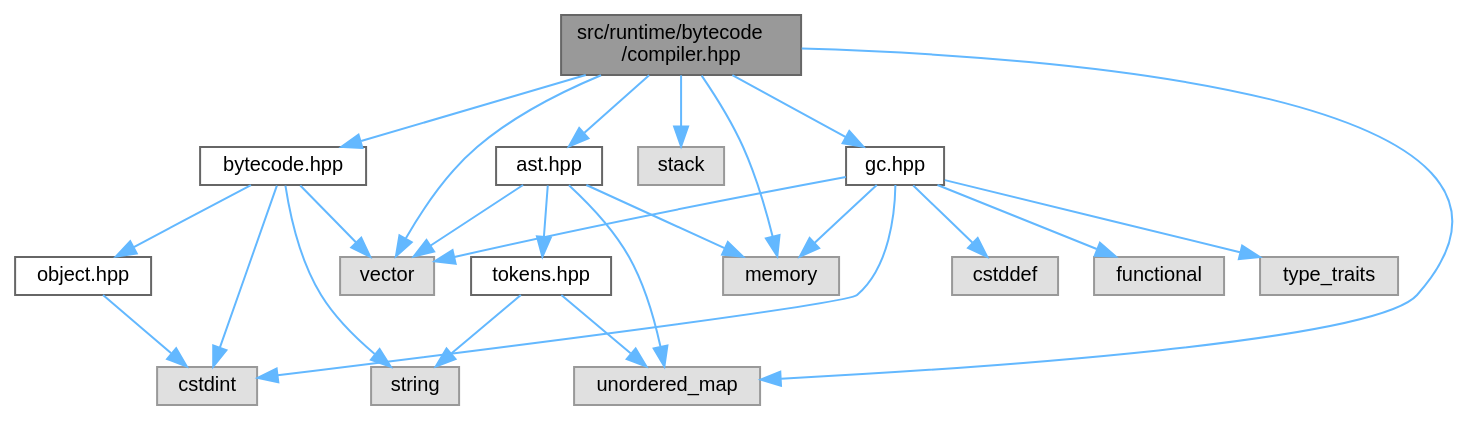
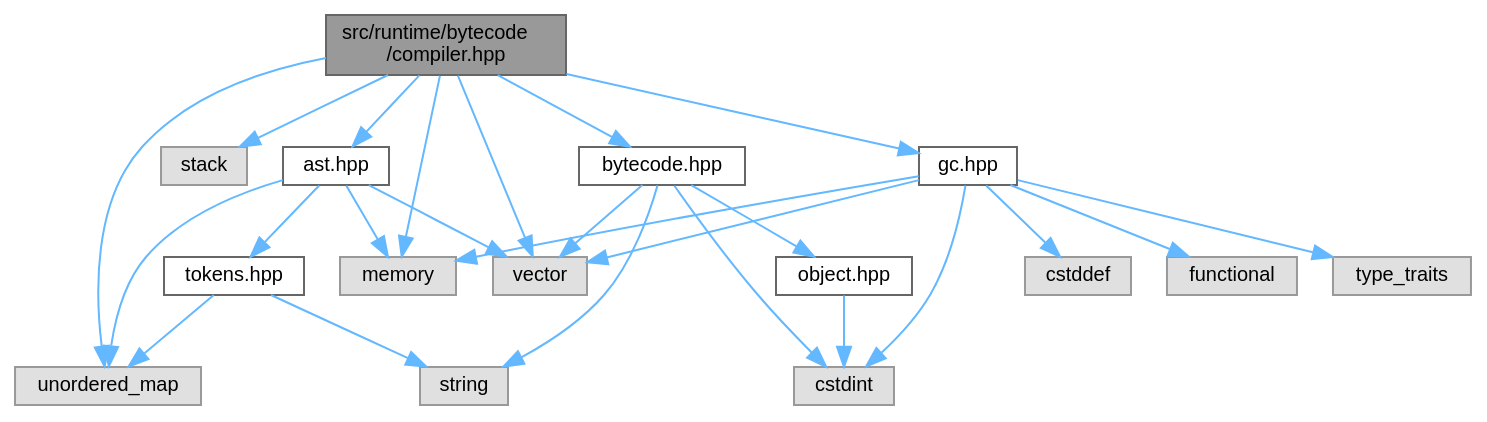
The diagram in pebbl/docs/compiler_8hpp__incl.dot (kejunp/kejunp.github.io), drawn with Graphviz before and after one commit. The commit also changed 19 other files, not shown here.

```diff
--- a/pebbl/docs/compiler_8hpp__incl.dot
+++ b/pebbl/docs/compiler_8hpp__incl.dot
@@ -1,46 +1,46 @@
 digraph "src/runtime/bytecode/compiler.hpp"
 {
  // LATEX_PDF_SIZE
   bgcolor="transparent";
   edge [fontname=Helvetica,fontsize=10,labelfontname=Helvetica,labelfontsize=10];
   node [fontname=Helvetica,fontsize=10,shape=box,height=0.2,width=0.4];
   Node1 [id="Node000001",label="src/runtime/bytecode\l/compiler.hpp",height=0.2,width=0.4,color="gray40", fillcolor="grey60", style="filled", fontcolor="black",tooltip="AST to bytecode compiler for the PEBBL language."];
   Node1 -> Node2 [id="edge1_Node000001_Node000002",color="steelblue1",style="solid",tooltip=" "];
   Node2 [id="Node000002",label="memory",height=0.2,width=0.4,color="grey60", fillcolor="#E0E0E0", style="filled",tooltip=" "];
   Node1 -> Node3 [id="edge2_Node000001_Node000003",color="steelblue1",style="solid",tooltip=" "];
-  Node3 [id="Node000003",label="unordered_map",height=0.2,width=0.4,color="grey60", fillcolor="#E0E0E0", style="filled",tooltip=" "];
+  Node3 [id="Node000003",label="stack",height=0.2,width=0.4,color="grey60", fillcolor="#E0E0E0", style="filled",tooltip=" "];
   Node1 -> Node4 [id="edge3_Node000001_Node000004",color="steelblue1",style="solid",tooltip=" "];
-  Node4 [id="Node000004",label="vector",height=0.2,width=0.4,color="grey60", fillcolor="#E0E0E0", style="filled",tooltip=" "];
+  Node4 [id="Node000004",label="unordered_map",height=0.2,width=0.4,color="grey60", fillcolor="#E0E0E0", style="filled",tooltip=" "];
   Node1 -> Node5 [id="edge4_Node000001_Node000005",color="steelblue1",style="solid",tooltip=" "];
-  Node5 [id="Node000005",label="stack",height=0.2,width=0.4,color="grey60", fillcolor="#E0E0E0", style="filled",tooltip=" "];
+  Node5 [id="Node000005",label="vector",height=0.2,width=0.4,color="grey60", fillcolor="#E0E0E0", style="filled",tooltip=" "];
   Node1 -> Node6 [id="edge5_Node000001_Node000006",color="steelblue1",style="solid",tooltip=" "];
-  Node6 [id="Node000006",label="bytecode.hpp",height=0.2,width=0.4,color="grey40", fillcolor="white", style="filled",URL="$bytecode_8hpp.html",tooltip="Bytecode instruction definitions and data structures for the PEBBL virtual machine."];
-  Node6 -> Node7 [id="edge6_Node000006_Node000007",color="steelblue1",style="solid",tooltip=" "];
-  Node7 [id="Node000007",label="cstdint",height=0.2,width=0.4,color="grey60", fillcolor="#E0E0E0", style="filled",tooltip=" "];
+  Node6 [id="Node000006",label="ast.hpp",height=0.2,width=0.4,color="grey40", fillcolor="white", style="filled",URL="$ast_8hpp.html",tooltip="Abstract Syntax Tree node definitions for the PEBBL language."];
+  Node6 -> Node2 [id="edge6_Node000006_Node000002",color="steelblue1",style="solid",tooltip=" "];
   Node6 -> Node4 [id="edge7_Node000006_Node000004",color="steelblue1",style="solid",tooltip=" "];
-  Node6 -> Node8 [id="edge8_Node000006_Node000008",color="steelblue1",style="solid",tooltip=" "];
+  Node6 -> Node5 [id="edge8_Node000006_Node000005",color="steelblue1",style="solid",tooltip=" "];
+  Node6 -> Node7 [id="edge9_Node000006_Node000007",color="steelblue1",style="solid",tooltip=" "];
+  Node7 [id="Node000007",label="tokens.hpp",height=0.2,width=0.4,color="grey40", fillcolor="white", style="filled",URL="$tokens_8hpp.html",tooltip="Token definitions and utilities for the PEBBL lexer."];
+  Node7 -> Node8 [id="edge10_Node000007_Node000008",color="steelblue1",style="solid",tooltip=" "];
   Node8 [id="Node000008",label="string",height=0.2,width=0.4,color="grey60", fillcolor="#E0E0E0", style="filled",tooltip=" "];
-  Node6 -> Node9 [id="edge9_Node000006_Node000009",color="steelblue1",style="solid",tooltip=" "];
-  Node9 [id="Node000009",label="object.hpp",height=0.2,width=0.4,color="grey40", fillcolor="white", style="filled",URL="$object_8hpp.html",tooltip="Runtime object system using NaN-boxing for efficient value representation."];
-  Node9 -> Node7 [id="edge10_Node000009_Node000007",color="steelblue1",style="solid",tooltip=" "];
-  Node1 -> Node10 [id="edge11_Node000001_Node000010",color="steelblue1",style="solid",tooltip=" "];
-  Node10 [id="Node000010",label="ast.hpp",height=0.2,width=0.4,color="grey40", fillcolor="white", style="filled",URL="$ast_8hpp.html",tooltip="Abstract Syntax Tree node definitions for the PEBBL language."];
-  Node10 -> Node2 [id="edge12_Node000010_Node000002",color="steelblue1",style="solid",tooltip=" "];
-  Node10 -> Node3 [id="edge13_Node000010_Node000003",color="steelblue1",style="solid",tooltip=" "];
-  Node10 -> Node4 [id="edge14_Node000010_Node000004",color="steelblue1",style="solid",tooltip=" "];
-  Node10 -> Node11 [id="edge15_Node000010_Node000011",color="steelblue1",style="solid",tooltip=" "];
-  Node11 [id="Node000011",label="tokens.hpp",height=0.2,width=0.4,color="grey40", fillcolor="white", style="filled",URL="$tokens_8hpp.html",tooltip="Token definitions and utilities for the PEBBL lexer."];
-  Node11 -> Node8 [id="edge16_Node000011_Node000008",color="steelblue1",style="solid",tooltip=" "];
-  Node11 -> Node3 [id="edge17_Node000011_Node000003",color="steelblue1",style="solid",tooltip=" "];
+  Node7 -> Node4 [id="edge11_Node000007_Node000004",color="steelblue1",style="solid",tooltip=" "];
+  Node1 -> Node9 [id="edge12_Node000001_Node000009",color="steelblue1",style="solid",tooltip=" "];
+  Node9 [id="Node000009",label="bytecode.hpp",height=0.2,width=0.4,color="grey40", fillcolor="white", style="filled",URL="$bytecode_8hpp.html",tooltip="Bytecode instruction definitions and data structures for the PEBBL virtual machine."];
+  Node9 -> Node10 [id="edge13_Node000009_Node000010",color="steelblue1",style="solid",tooltip=" "];
+  Node10 [id="Node000010",label="cstdint",height=0.2,width=0.4,color="grey60", fillcolor="#E0E0E0", style="filled",tooltip=" "];
+  Node9 -> Node8 [id="edge14_Node000009_Node000008",color="steelblue1",style="solid",tooltip=" "];
+  Node9 -> Node5 [id="edge15_Node000009_Node000005",color="steelblue1",style="solid",tooltip=" "];
+  Node9 -> Node11 [id="edge16_Node000009_Node000011",color="steelblue1",style="solid",tooltip=" "];
+  Node11 [id="Node000011",label="object.hpp",height=0.2,width=0.4,color="grey40", fillcolor="white", style="filled",URL="$object_8hpp.html",tooltip="Runtime object system using NaN-boxing for efficient value representation."];
+  Node11 -> Node10 [id="edge17_Node000011_Node000010",color="steelblue1",style="solid",tooltip=" "];
   Node1 -> Node12 [id="edge18_Node000001_Node000012",color="steelblue1",style="solid",tooltip=" "];
   Node12 [id="Node000012",label="gc.hpp",height=0.2,width=0.4,color="grey40", fillcolor="white", style="filled",URL="$gc_8hpp.html",tooltip="Garbage collection system for the PEBBL runtime."];
   Node12 -> Node13 [id="edge19_Node000012_Node000013",color="steelblue1",style="solid",tooltip=" "];
   Node13 [id="Node000013",label="cstddef",height=0.2,width=0.4,color="grey60", fillcolor="#E0E0E0", style="filled",tooltip=" "];
-  Node12 -> Node7 [id="edge20_Node000012_Node000007",color="steelblue1",style="solid",tooltip=" "];
+  Node12 -> Node10 [id="edge20_Node000012_Node000010",color="steelblue1",style="solid",tooltip=" "];
   Node12 -> Node14 [id="edge21_Node000012_Node000014",color="steelblue1",style="solid",tooltip=" "];
   Node14 [id="Node000014",label="functional",height=0.2,width=0.4,color="grey60", fillcolor="#E0E0E0", style="filled",tooltip=" "];
   Node12 -> Node2 [id="edge22_Node000012_Node000002",color="steelblue1",style="solid",tooltip=" "];
   Node12 -> Node15 [id="edge23_Node000012_Node000015",color="steelblue1",style="solid",tooltip=" "];
   Node15 [id="Node000015",label="type_traits",height=0.2,width=0.4,color="grey60", fillcolor="#E0E0E0", style="filled",tooltip=" "];
-  Node12 -> Node4 [id="edge24_Node000012_Node000004",color="steelblue1",style="solid",tooltip=" "];
+  Node12 -> Node5 [id="edge24_Node000012_Node000005",color="steelblue1",style="solid",tooltip=" "];
 }
```
